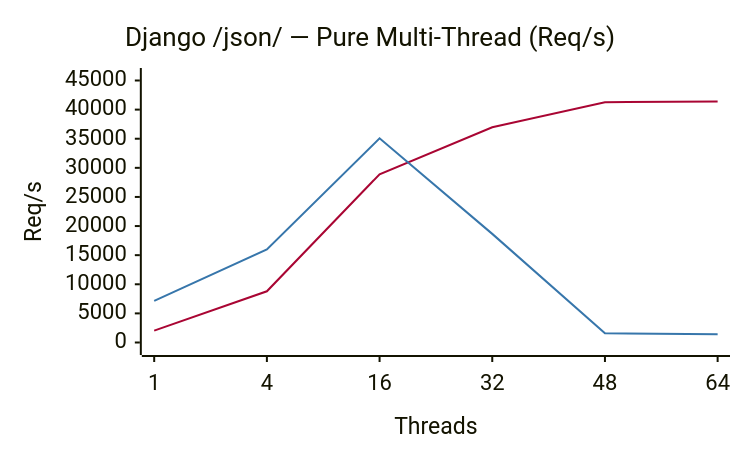
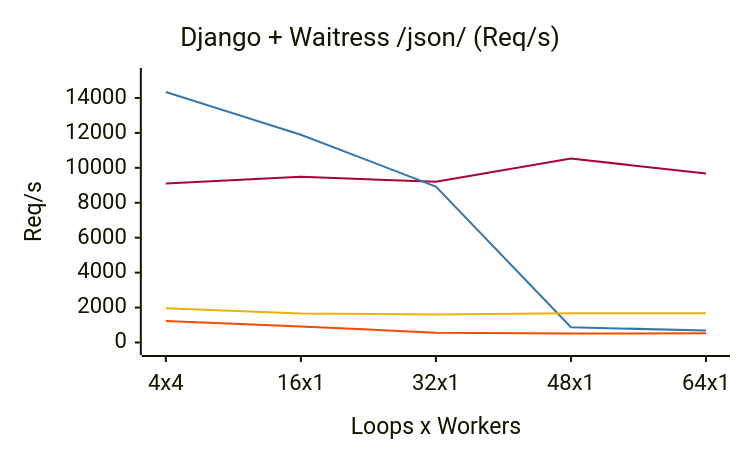
The first of 14 diagrams in README.md (erlpython/epython), drawn with Mermaid before and after one commit. The commit also changed other lines of this file, not shown here.

Commit message:
update numbers and graph in readme

````diff
--- a/README.md
+++ b/README.md
@@ -46,32 +46,34 @@
 ```mermaid
 ---
 config:
   xyChart:
     width: 720
     height: 440
     titleFontSize: 26
     titlePadding: 14
     xAxis:
       labelFontSize: 22
       labelPadding: 8
       titleFontSize: 23
       titlePadding: 10
     yAxis:
       labelFontSize: 22
       labelPadding: 8
       titleFontSize: 23
       titlePadding: 10
   themeVariables:
     xyChart:
       backgroundColor: "transparent"
-      plotColorPalette: "#A90533, #3776AB"
+      plotColorPalette: "#A90533, #3776AB, #EAB308, #F74C00"
   themeCSS: |
     .main { transform: translate(4px, 10px) scale(0.71); transform-origin: 0 0; }
 ---
 xychart-beta
-    title "Django /json/ — Pure Multi-Thread (Req/s)"
-    x-axis "Threads" ["1", "4", "16", "32", "48", "64"]
-    y-axis "Req/s" 0 --> 45000
-    line [2033, 8791, 28894, 36969, 41277, 41412]
-    line [7152, 15997, 35063, 18656, 1569, 1418]
+    title "Django + Waitress /json/ (Req/s)"
+    x-axis "Loops x Workers" ["4x4", "16x1", "32x1", "48x1", "64x1"]
+    y-axis "Req/s" 0 --> 15000
+    line [9106, 9488, 9203, 10528, 9679]
+    line [14338, 11895, 8932, 871, 683]
+    line [1955, 1654, 1609, 1674, 1681]
+    line [1237, 922, 555, 518, 528]
 ```
````
